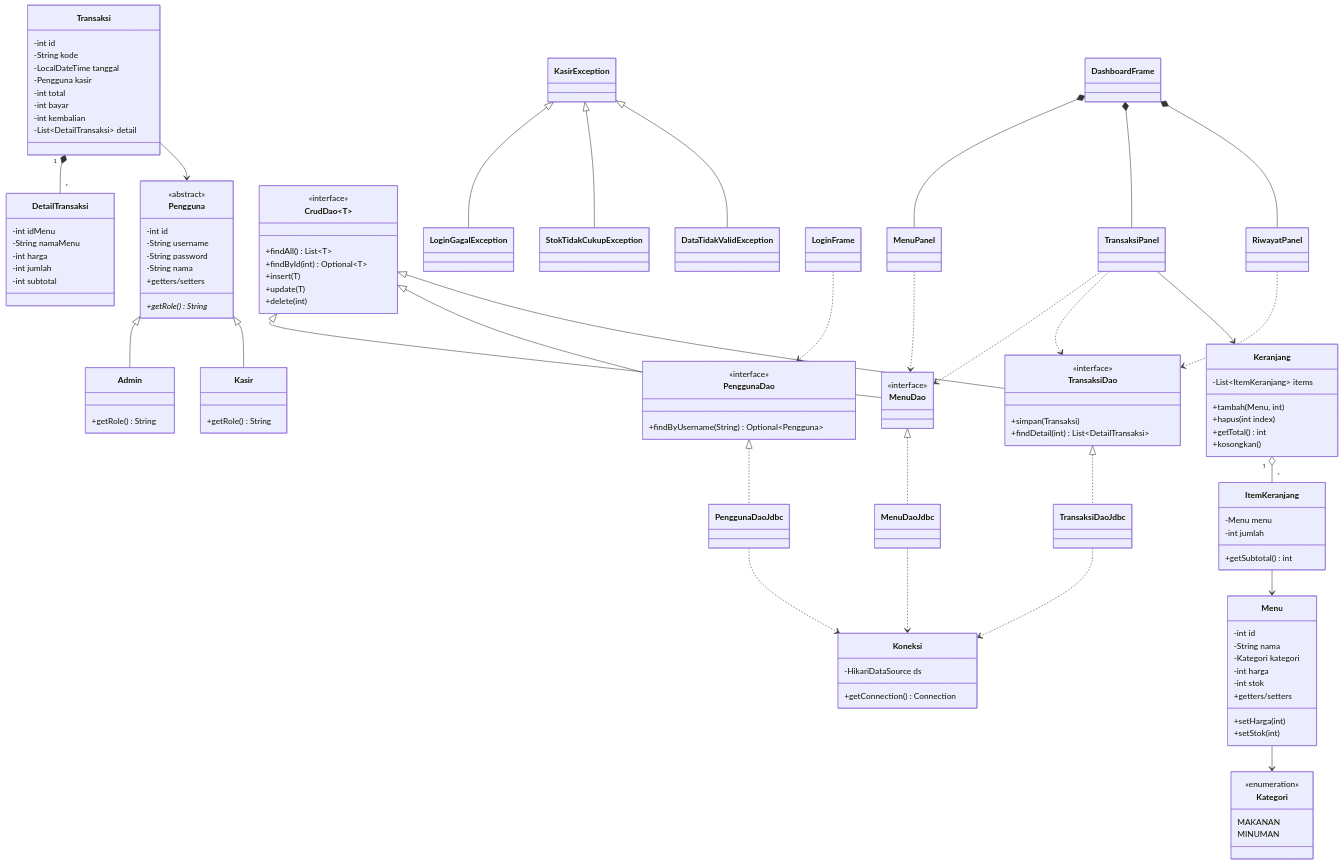
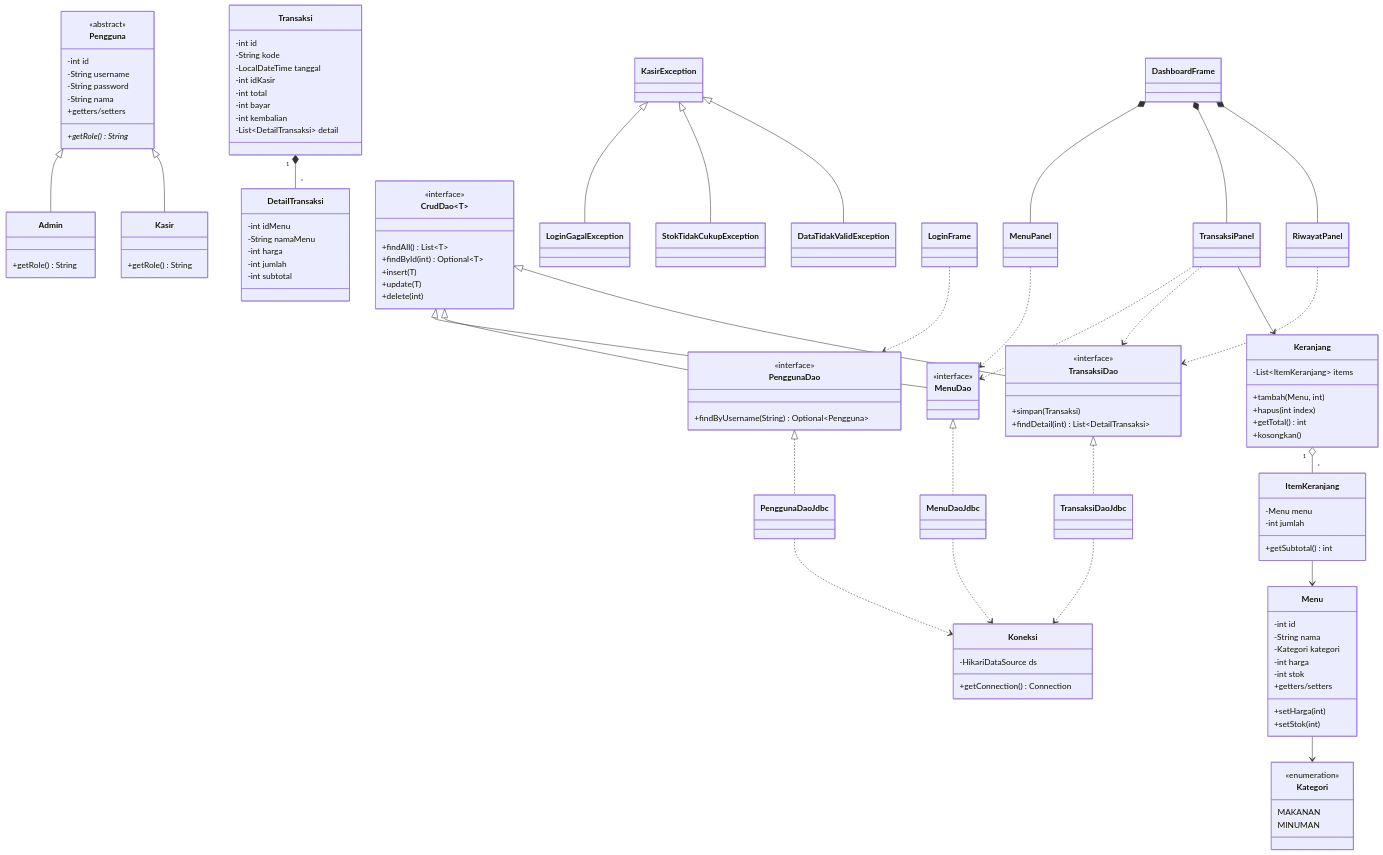
One commit to djvahd/kakabir changed the second of 2 diagrams in README.md. Above: the diagram before and after it, drawn with Mermaid. The commit also changed other lines of this file, not shown here.

```diff
--- a/README.md
+++ b/README.md
@@ -148,7 +148,7 @@
         -int id
         -String kode
         -LocalDateTime tanggal
-        -Pengguna kasir
+        -int idKasir
         -int total
         -int bayar
         -int kembalian
@@ -162,7 +162,6 @@
         -int subtotal
     }
     Transaksi "1" *-- "*" DetailTransaksi
-    Transaksi --> Pengguna
 
     class CrudDao~T~ {
         <<interface>>
```
